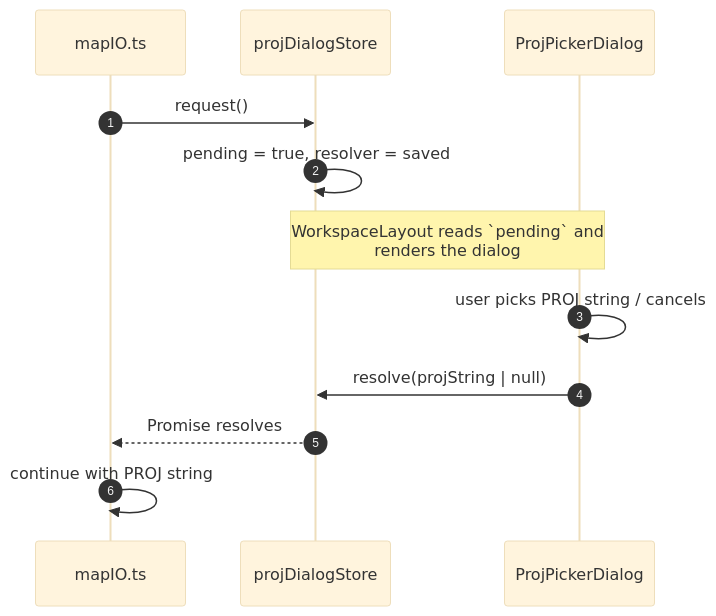
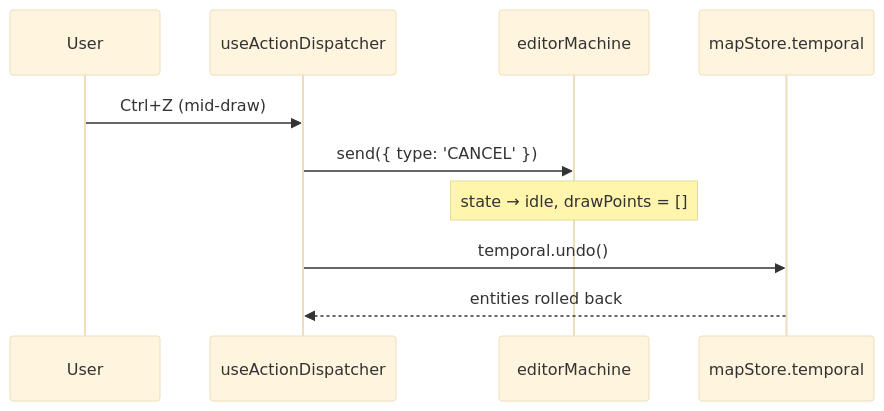
Before and after one commit to SakuraPuare/apollo-map-studio: the second of 3 diagrams in docs/architecture/state-management.md, drawn with Mermaid (base theme). The commit also changed other lines of this file and 414 other files, not shown here.

````diff
--- a/docs/architecture/state-management.md
+++ b/docs/architecture/state-management.md
@@ -216,15 +154,12 @@
 ```mermaid
 sequenceDiagram
-  autonumber
-  participant IO as mapIO.ts
-  participant Store as projDialogStore
-  participant Dialog as ProjPickerDialog
-
-  IO->>Store: request()
-  Store->>Store: pending = true, resolver = saved
-  Note over Store,Dialog: WorkspaceLayout reads `pending` and<br/>renders the dialog
-  Dialog->>Dialog: user picks PROJ string / cancels
-  Dialog->>Store: resolve(projString | null)
-  Store-->>IO: Promise resolves
-  IO->>IO: continue with PROJ string
+  participant User
+  participant Hooks as useActionDispatcher
+  participant FSM as editorMachine
+  participant Store as mapStore.temporal
+  User->>Hooks: Ctrl+Z (mid-draw)
+  Hooks->>FSM: send({ type: 'CANCEL' })
+  Note over FSM: state → idle, drawPoints = []
+  Hooks->>Store: temporal.undo()
+  Store-->>Hooks: entities rolled back
 ```
````
